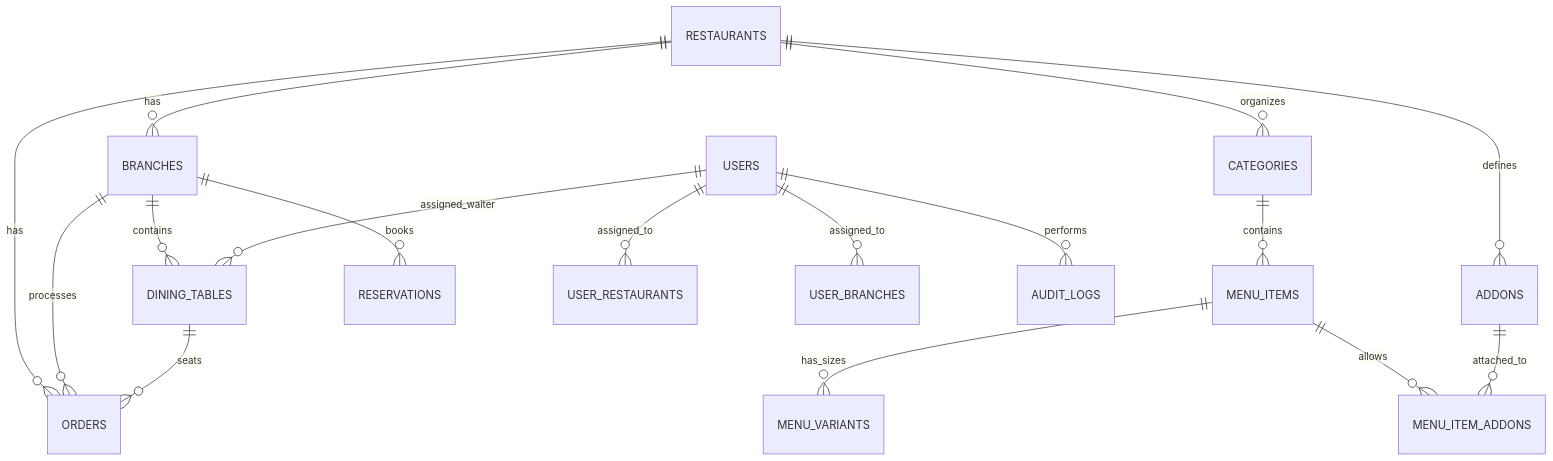
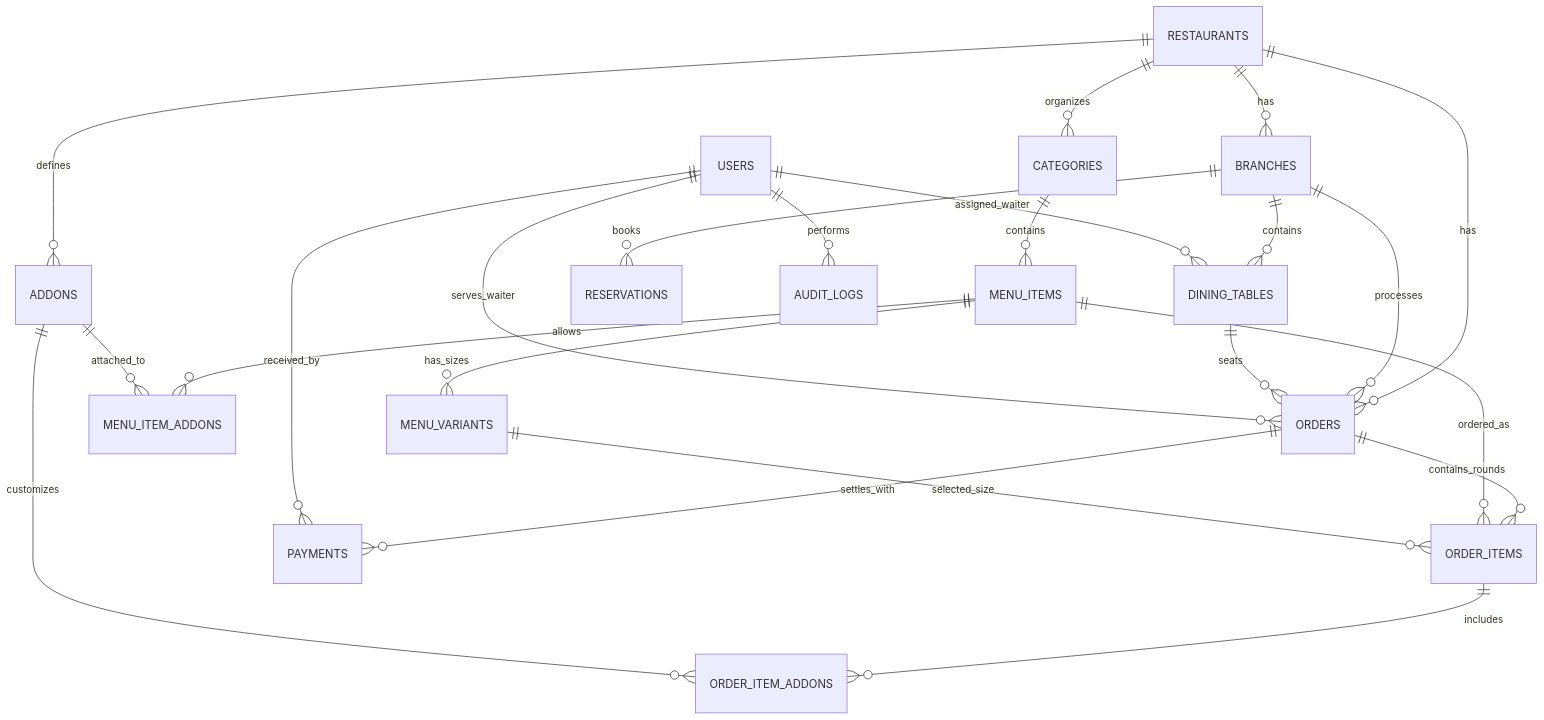
One commit to hariharan-developer-31/resto changed the diagram in PROJECT_PROGRESS.md. Above: the diagram before and after it, drawn with Mermaid. The commit also changed other lines of this file and 11 other files, not shown here.

Commit message:
Complete Phase 4: Staff POS, KOT Generation, Order Rounds, Waiter Station & Split Bill Settlement

````diff
--- a/PROJECT_PROGRESS.md
+++ b/PROJECT_PROGRESS.md
@@ -68,19 +64,25 @@
 ```mermaid
 erDiagram
     RESTAURANTS ||--o{ BRANCHES : has
     RESTAURANTS ||--o{ CATEGORIES : organizes
     RESTAURANTS ||--o{ ADDONS : defines
     CATEGORIES ||--o{ MENU_ITEMS : contains
     MENU_ITEMS ||--o{ MENU_VARIANTS : has_sizes
     MENU_ITEMS ||--o{ MENU_ITEM_ADDONS : allows
     ADDONS ||--o{ MENU_ITEM_ADDONS : attached_to
     BRANCHES ||--o{ DINING_TABLES : contains
     USERS ||--o{ DINING_TABLES : assigned_waiter
     RESTAURANTS ||--o{ ORDERS : has
     BRANCHES ||--o{ ORDERS : processes
     DINING_TABLES ||--o{ ORDERS : seats
+    USERS ||--o{ ORDERS : serves_waiter
+    ORDERS ||--o{ ORDER_ITEMS : contains_rounds
+    MENU_ITEMS ||--o{ ORDER_ITEMS : ordered_as
+    MENU_VARIANTS ||--o{ ORDER_ITEMS : selected_size
+    ORDER_ITEMS ||--o{ ORDER_ITEM_ADDONS : includes
+    ADDONS ||--o{ ORDER_ITEM_ADDONS : customizes
+    ORDERS ||--o{ PAYMENTS : settles_with
+    USERS ||--o{ PAYMENTS : received_by
     BRANCHES ||--o{ RESERVATIONS : books
-    USERS ||--o{ USER_RESTAURANTS : assigned_to
-    USERS ||--o{ USER_BRANCHES : assigned_to
     USERS ||--o{ AUDIT_LOGS : performs
 ```
````
